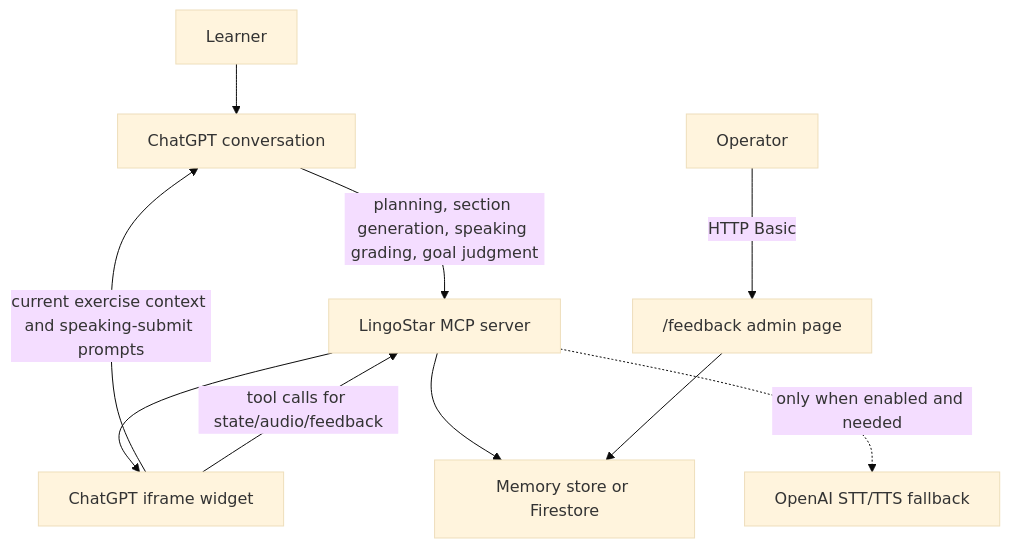
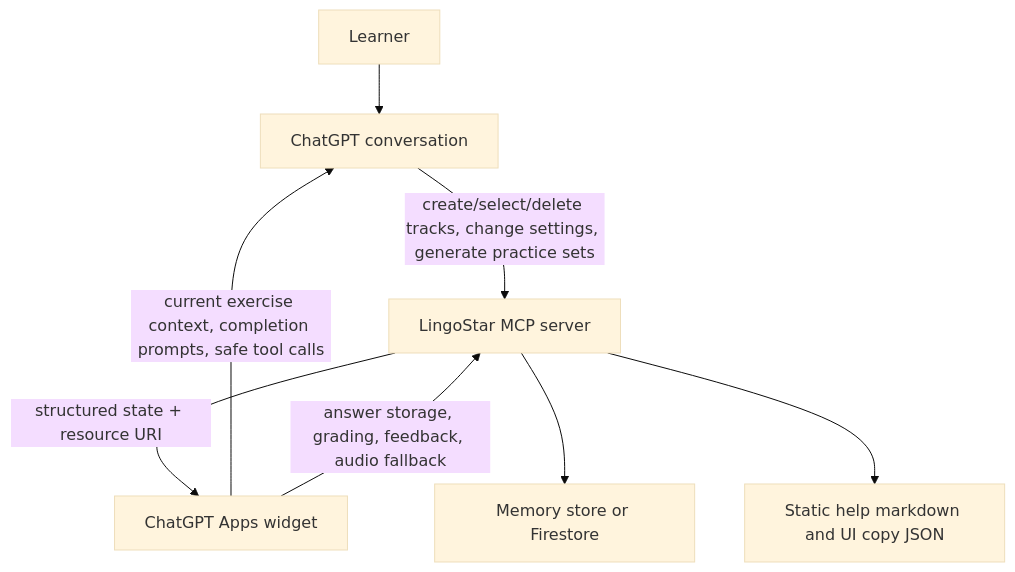
Before and after one commit to jeongwoo-gobroad/LingoStar: the diagram in docs/architecture.md, drawn with Mermaid (base theme). The commit also changed other lines of this file and 16 other files, not shown here.

````diff
--- a/docs/architecture.md
+++ b/docs/architecture.md
@@ -7,12 +7,10 @@
 ```mermaid
 flowchart TD
   User["Learner"] --> ChatGPT["ChatGPT conversation"]
-  ChatGPT -->|"planning, section generation, speaking grading, goal judgment"| MCP["LingoStar MCP server"]
-  MCP --> Widget["ChatGPT iframe widget"]
-  Widget -->|"current exercise context and speaking-submit prompts"| ChatGPT
-  Widget -->|"tool calls for state/audio/feedback"| MCP
+  ChatGPT -->|"create/select/delete tracks, change settings, generate practice sets"| MCP["LingoStar MCP server"]
+  MCP -->|"structured state + resource URI"| Widget["ChatGPT Apps widget"]
+  Widget -->|"current exercise context, completion prompts, safe tool calls"| ChatGPT
+  Widget -->|"answer storage, grading, feedback, audio fallback"| MCP
   MCP --> Store["Memory store or Firestore"]
-  Admin["Operator"] -->|"HTTP Basic"| Feedback["/feedback admin page"]
-  Feedback --> Store
-  MCP -.->|"only when enabled and needed"| OpenAIAudio["OpenAI STT/TTS fallback"]
+  MCP --> Help["Static help markdown and UI copy JSON"]
 ```
````
